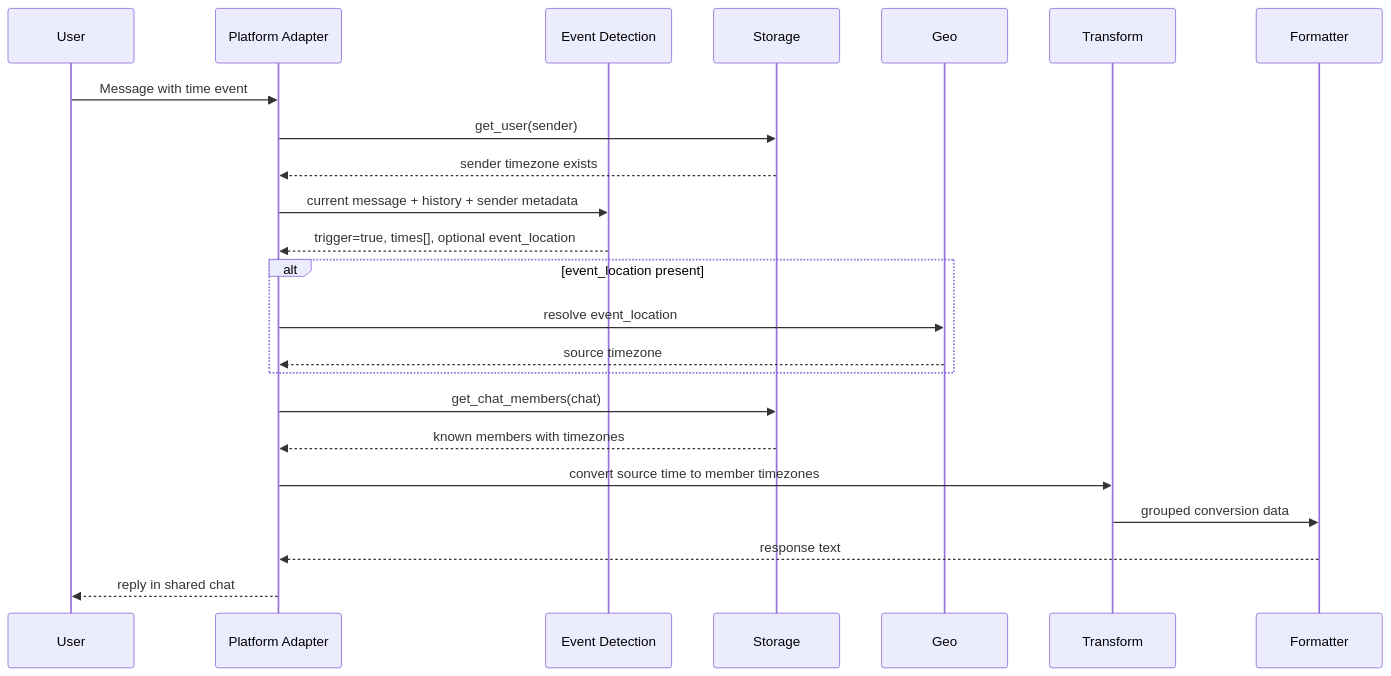
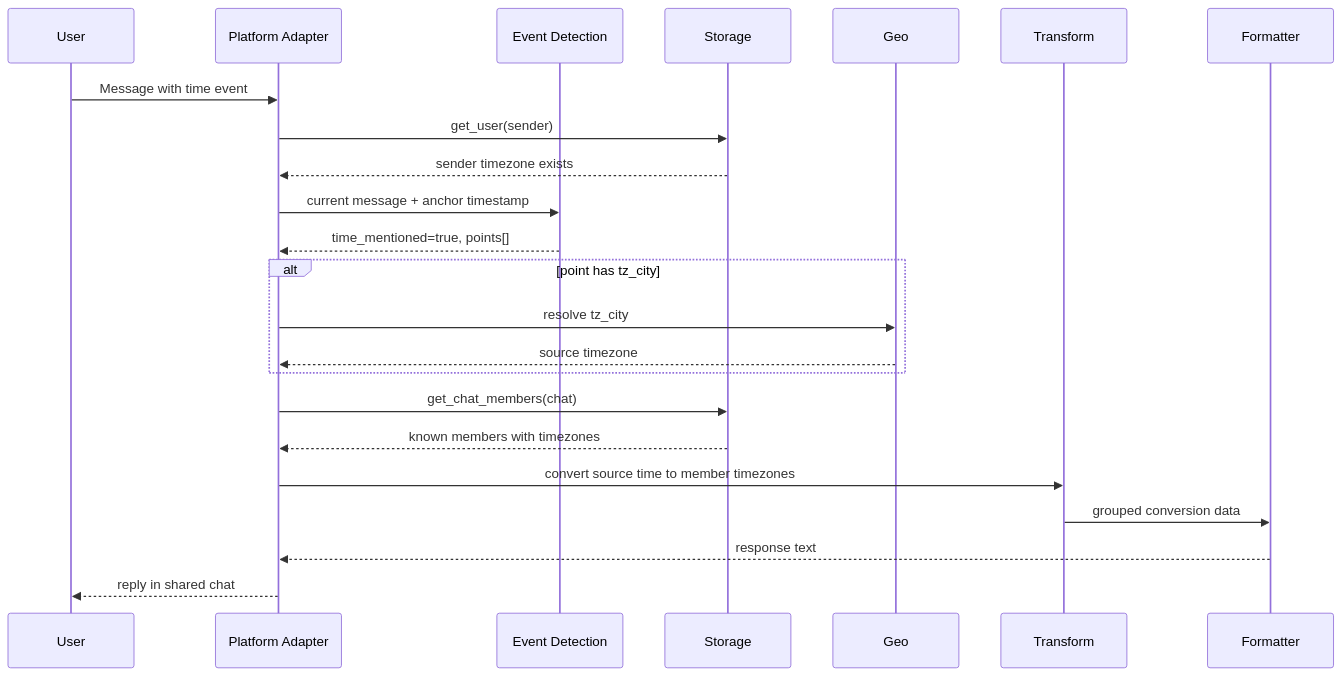
The third of 4 diagrams in journal/00_c4.md (antlbn/Timezone_bot), drawn with Mermaid before and after one commit. The commit also changed other lines of this file and 20 other files, not shown here.

First line of the commit message:
Refactor onboarding and event detection logic to utilize explicit source-location hints

````diff
--- a/journal/00_c4.md
+++ b/journal/00_c4.md
@@ -112,26 +112,26 @@
 ```mermaid
 sequenceDiagram
     participant User
     participant Adapter as Platform Adapter
     participant LLM as Event Detection
     participant Storage
     participant Geo
     participant Transform
     participant Formatter
 
     User->>Adapter: Message with time event
     Adapter->>Storage: get_user(sender)
     Storage-->>Adapter: sender timezone exists
-    Adapter->>LLM: current message + history + sender metadata
-    LLM-->>Adapter: trigger=true, times[], optional event_location
-    alt event_location present
-        Adapter->>Geo: resolve event_location
+    Adapter->>LLM: current message + anchor timestamp
+    LLM-->>Adapter: time_mentioned=true, points[]
+    alt point has tz_city
+        Adapter->>Geo: resolve tz_city
         Geo-->>Adapter: source timezone
     end
     Adapter->>Storage: get_chat_members(chat)
     Storage-->>Adapter: known members with timezones
     Adapter->>Transform: convert source time to member timezones
     Transform->>Formatter: grouped conversion data
     Formatter-->>Adapter: response text
     Adapter-->>User: reply in shared chat
 ```
````
